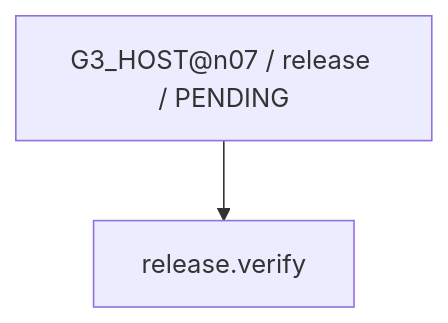
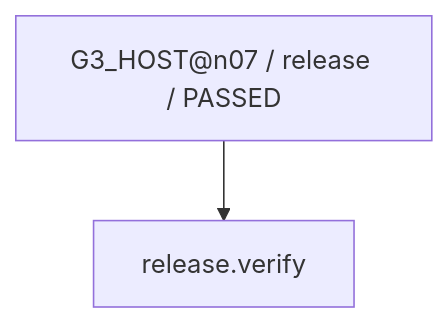
Before and after one commit to rrikunagasige-dot/kyotsu-step-web: diagram 11 of 14 in work/items/W-MATH-032-n07-semantic-repair/generated/CAPABILITY_FIRE_DIAGRAM.md, drawn with Mermaid. The commit also changed other lines of this file and 29 other files, not shown here.

````diff
--- a/work/items/W-MATH-032-n07-semantic-repair/generated/CAPABILITY_FIRE_DIAGRAM.md
+++ b/work/items/W-MATH-032-n07-semantic-repair/generated/CAPABILITY_FIRE_DIAGRAM.md
@@ -167,6 +167,6 @@
 ```mermaid
 flowchart TD
-  N0["G3_HOST@n07 / release / PENDING"]
+  N0["G3_HOST@n07 / release / PASSED"]
   N1["release.verify"]
   N0 --> N1
 ```
````
